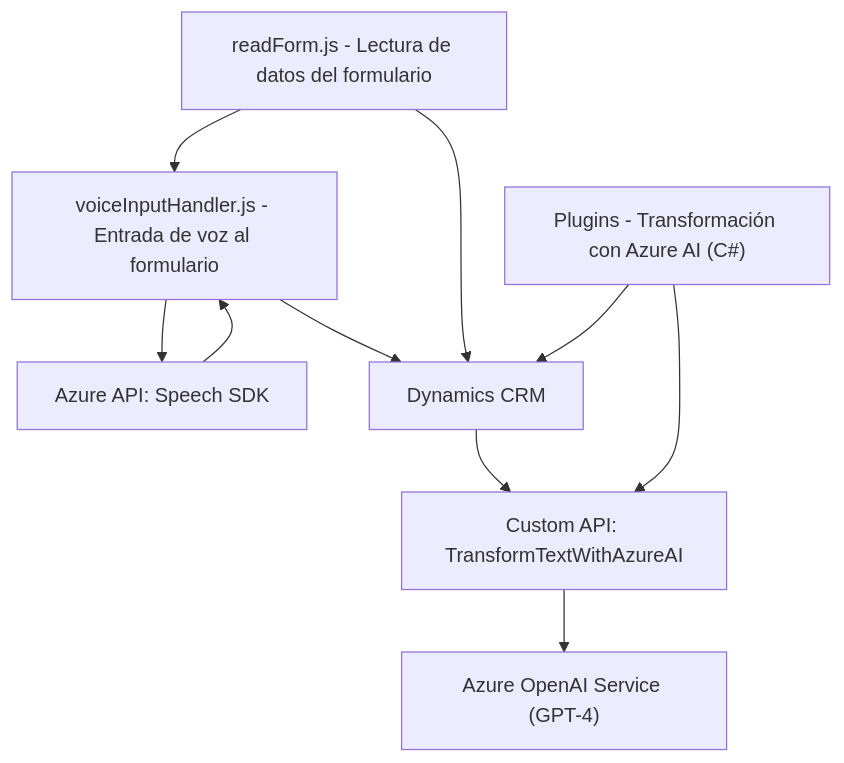
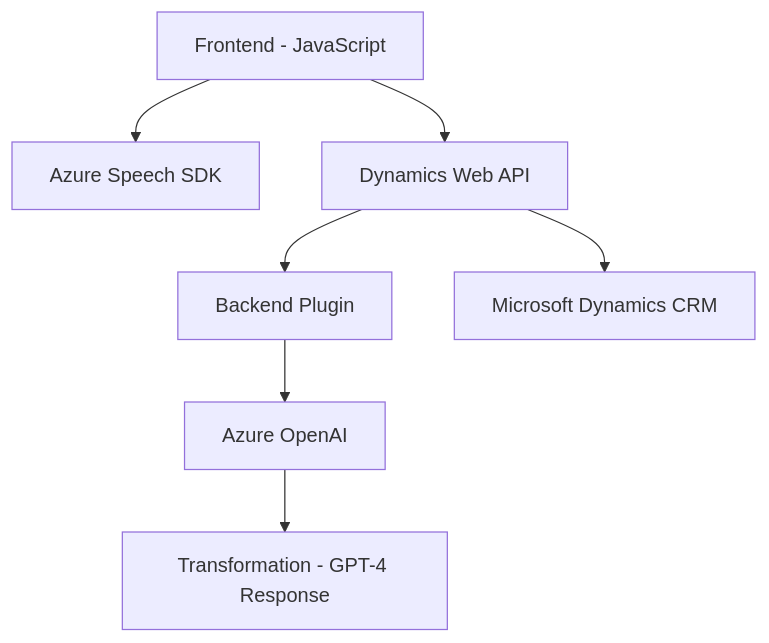
One commit to blopezdm/NETCORE_BILBAO2025 changed the diagram in README.md. Above: the diagram before and after it, drawn with Mermaid. The commit also changed other lines of this file, not shown here.

Commit message:
Actualizar análisis global de la solución con IA

````diff
--- a/README.md
+++ b/README.md
@@ -42,20 +46,9 @@
 ```mermaid
 graph TD
-    A["voiceInputHandler.js - Entrada de voz al formulario"]
-    B["readForm.js - Lectura de datos del formulario"]
-    C["Plugins - Transformación con Azure AI (C#)"]
-    D["Azure API: Speech SDK"]
-    E["Dynamics CRM"]
-    F["Azure OpenAI Service (GPT-4)"]
-    G["Custom API: TransformTextWithAzureAI"]
-
-    A --> D
-    B --> A
-    A --> E
-    B --> E
-    C --> E
-    E --> G
-    C --> G
-    G --> F
-    D --> A
+  A["Frontend - JavaScript"] --> B["Azure Speech SDK"]
+  A --> C["Dynamics Web API"]
+  C --> D["Backend Plugin"]
+  D --> E["Azure OpenAI"]
+  E --> F["Transformation - GPT-4 Response"]
+  C --> G["Microsoft Dynamics CRM"]
 ```
````
